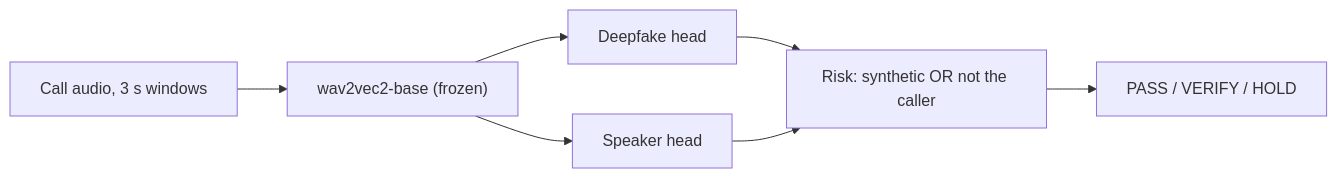
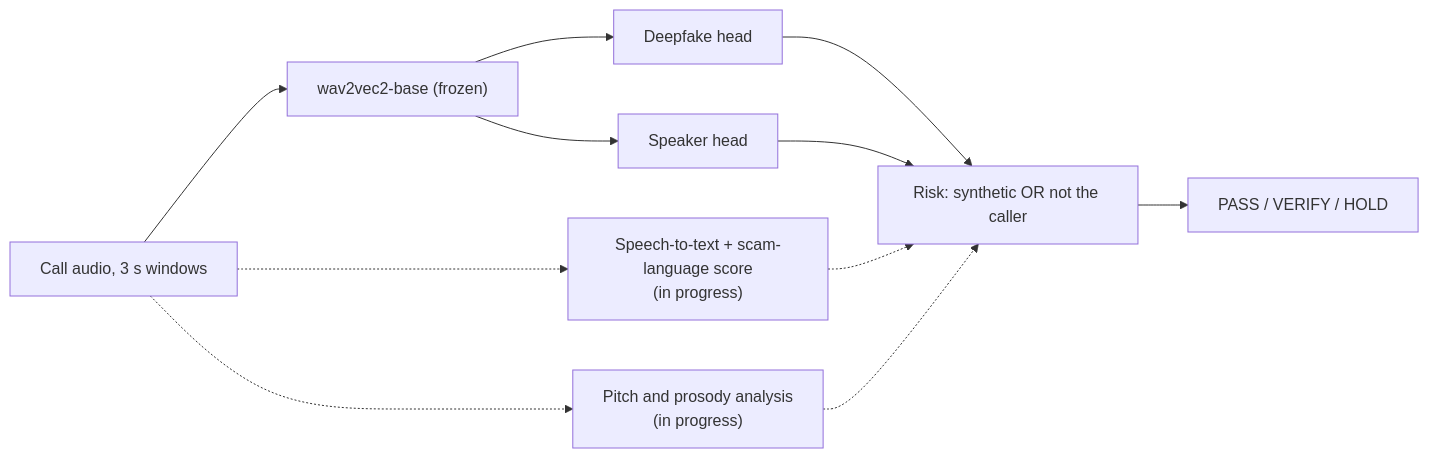
One commit to asmit-1101/satyavaani changed the diagram in README.md. Above: the diagram before and after it, drawn with Mermaid. The commit also changed other lines of this file and 1 other file, not shown here.

Commit message:
Fix problem statement to SIH26104; add in-progress scam-language score and prosody analysis

````diff
--- a/README.md
+++ b/README.md
@@ -7,9 +7,13 @@
 ```mermaid
 flowchart LR
     A["Call audio, 3 s windows"] --> B["wav2vec2-base (frozen)"]
     B --> C["Deepfake head"]
     B --> D["Speaker head"]
     C --> E["Risk: synthetic OR not the caller"]
     D --> E
     E --> F["PASS / VERIFY / HOLD"]
+    A -.-> G["Speech-to-text + scam-language score<br/>(in progress)"]
+    A -.-> H["Pitch and prosody analysis<br/>(in progress)"]
+    G -.-> E
+    H -.-> E
 ```
````
